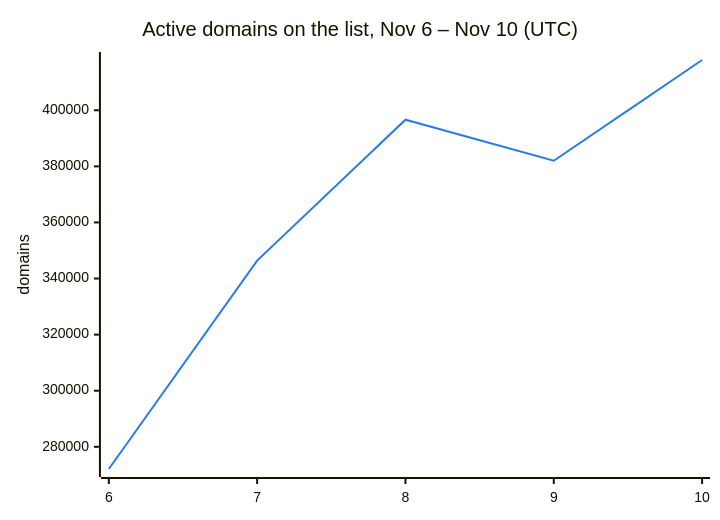
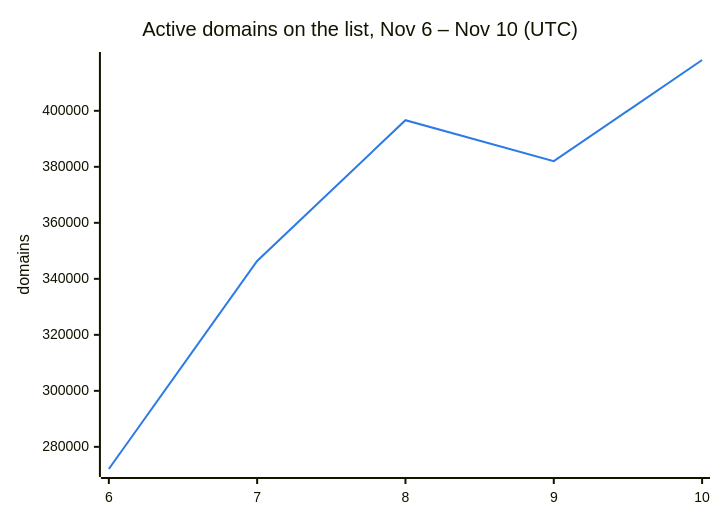
One commit to DNSBunker/CTI changed the second of 3 diagrams in README.md. Above: the diagram before and after it, drawn with Mermaid. The commit also changed other lines of this file and 3 other files, not shown here.

````diff
--- a/README.md
+++ b/README.md
@@ -38,8 +38,8 @@
 ```mermaid
 %%{init: {"themeVariables": {"xyChart": {"plotColorPalette": "#2c7be5"}}}}%%
 xychart-beta
     title "Active domains on the list, Nov 6 – Nov 10 (UTC)"
     x-axis ["6", "7", "8", "9", "10"]
     y-axis "domains"
-    line [272088, 346388, 396638, 382009, 417927]
+    line [272088, 346388, 396638, 382009, 418143]
 ```
````
